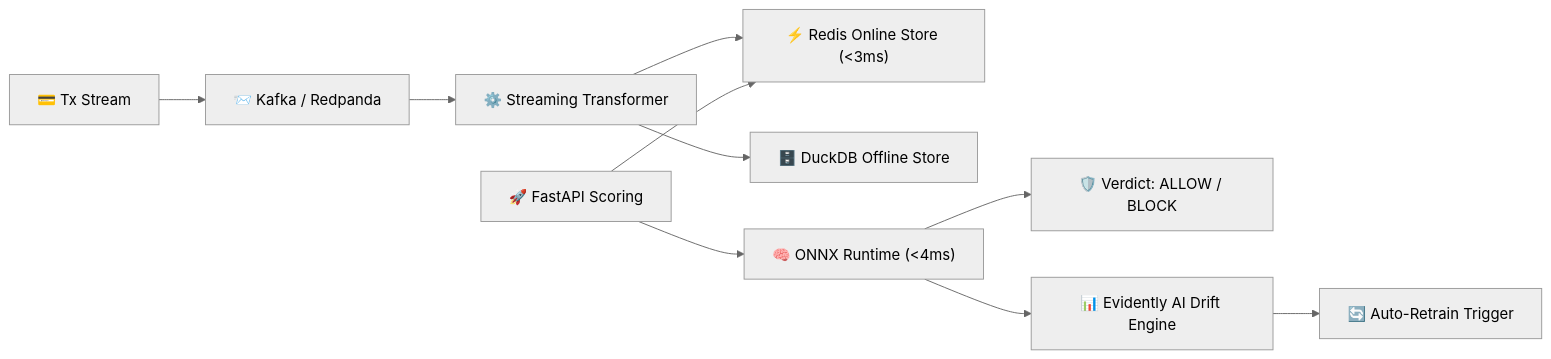
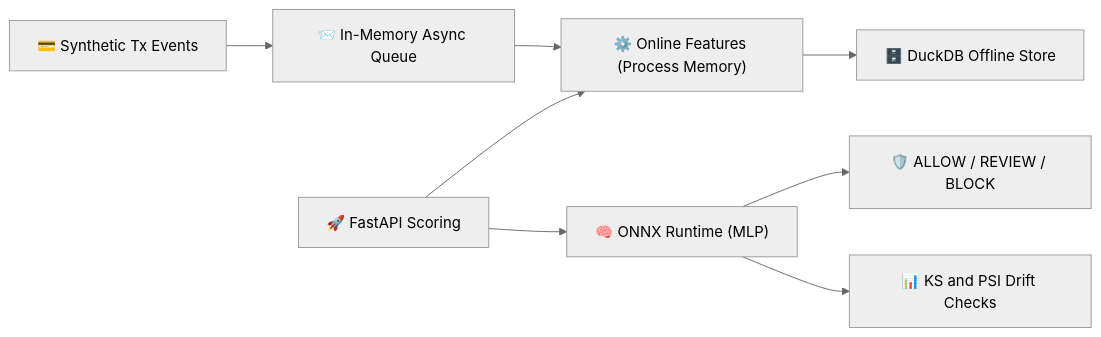
One commit to MuhZainur/StreamShield-MLOps changed the diagram in README.md. Above: the diagram before and after it, drawn with Mermaid (neutral theme). The commit also changed other lines of this file and 2 other files, not shown here.

````diff
--- a/README.md
+++ b/README.md
@@ -24,12 +25,10 @@
 ```mermaid
 flowchart LR
-    Event["💳 Tx Stream"] --> Kafka["📨 Kafka / Redpanda"]
-    Kafka --> Consumer["⚙️ Streaming Transformer"]
-    Consumer --> Redis["⚡ Redis Online Store (<3ms)"]
-    Consumer --> Parquet["🗄️ DuckDB Offline Store"]
-    API["🚀 FastAPI Scoring"] --> Redis
-    API --> ONNX["🧠 ONNX Runtime (<4ms)"]
-    ONNX --> Verdict["🛡️ Verdict: ALLOW / BLOCK"]
-    ONNX --> Evidently["📊 Evidently AI Drift Engine"]
-    Evidently --> Retrain["🔄 Auto-Retrain Trigger"]
+    Event["💳 Synthetic Tx Events"] --> Queue["📨 In-Memory Async Queue"]
+    Queue --> Features["⚙️ Online Features (Process Memory)"]
+    Features --> Offline["🗄️ DuckDB Offline Store"]
+    API["🚀 FastAPI Scoring"] --> Features
+    API --> ONNX["🧠 ONNX Runtime (MLP)"]
+    ONNX --> Verdict["🛡️ ALLOW / REVIEW / BLOCK"]
+    ONNX --> Drift["📊 KS and PSI Drift Checks"]
 ```
````
